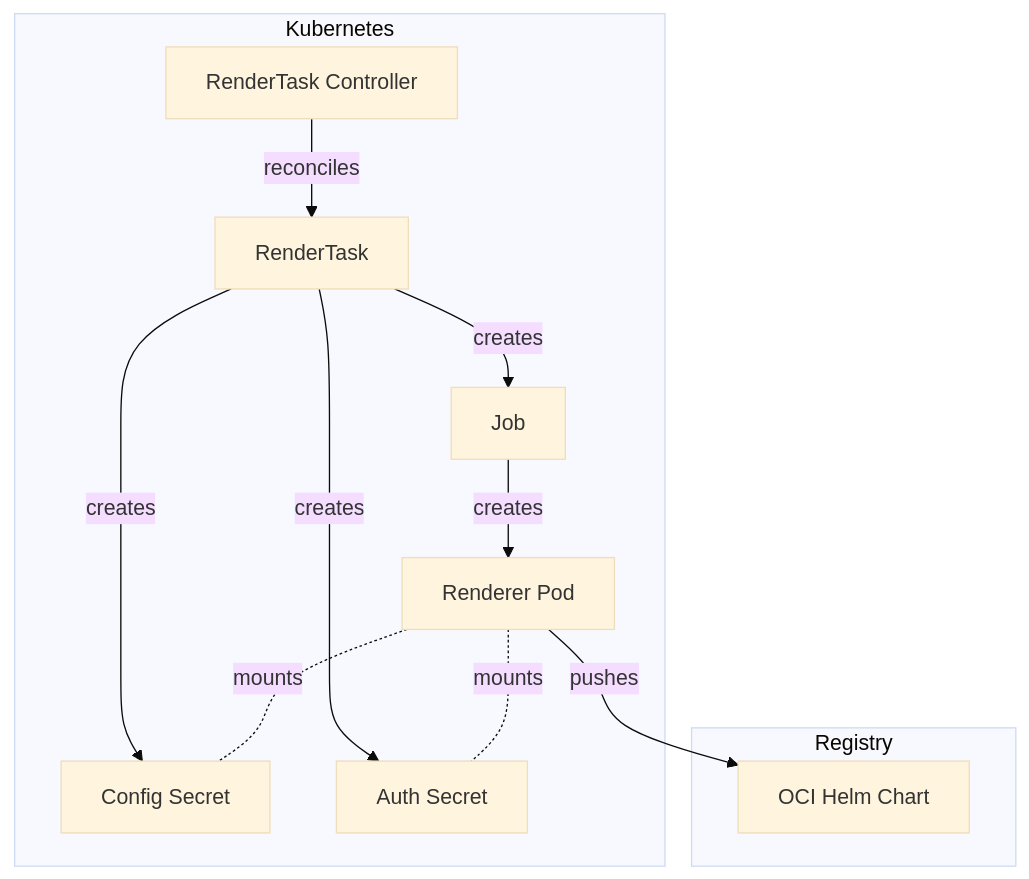
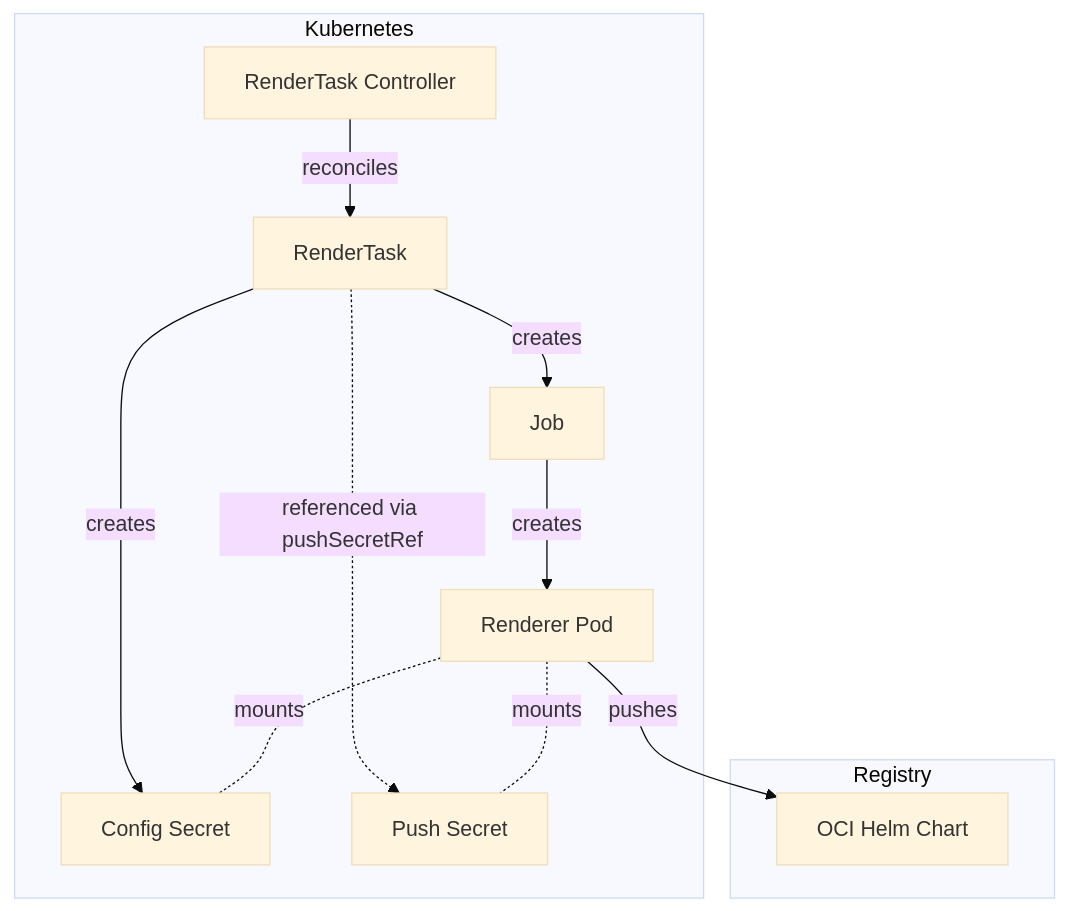
One commit to opendefensecloud/solution-arsenal changed the first of 3 diagrams in docs/developer-guide/rendertask_controller.md. Above: the diagram before and after it, drawn with Mermaid (base theme). The commit also changed other lines of this file and 6 other files, not shown here.

````diff
--- a/docs/developer-guide/rendertask_controller.md
+++ b/docs/developer-guide/rendertask_controller.md
@@ -14,26 +13,26 @@
 ```mermaid
 flowchart TD
     subgraph Kubernetes
         Ctrl[RenderTask Controller]
         RT[RenderTask]
         J[Job]
         J -->|creates| Renderer[Renderer Pod]
         CS[Config Secret]
-        AS[Auth Secret]
+        PS[Push Secret]
     end
 
     subgraph Registry
         Chart[OCI Helm Chart]
     end
 
     Ctrl -->|reconciles| RT
 
     RT -->|creates| CS
-    RT -->|creates| AS
     RT -->|creates| J
+    RT -.->|referenced via pushSecretRef| PS
 
     Renderer -->|pushes| Chart
 
     Renderer -.-|mounts| CS
-    Renderer -.-|mounts| AS
+    Renderer -.-|mounts| PS
 ```
````
